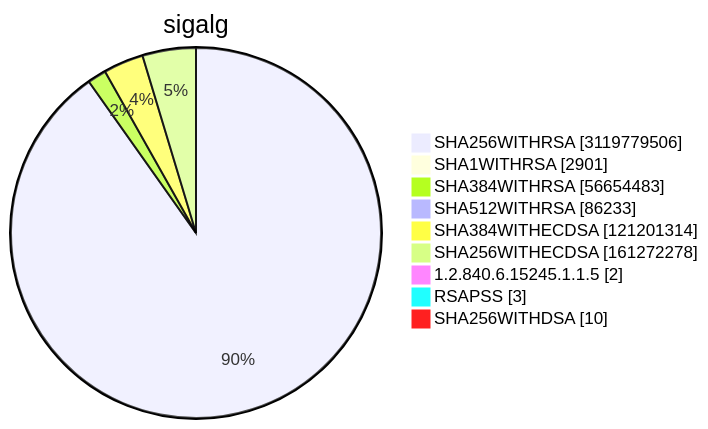
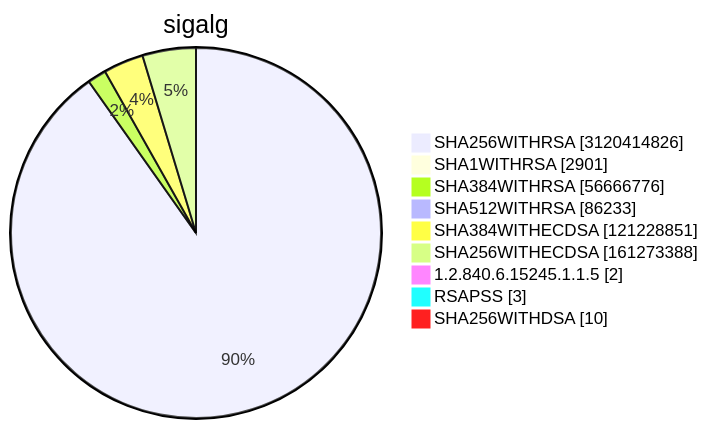
One commit to christiankrug/ctmonitor_visualization changed diagram 15 of 15 in TOTAL/README.md. Above: the diagram before and after it, drawn with Mermaid. The commit also changed other lines of this file, not shown here.

````diff
--- a/TOTAL/README.md
+++ b/TOTAL/README.md
@@ -6212,13 +6212,13 @@
 ```mermaid
 pie showData
 title sigalg
-"SHA256WITHRSA" :3119779506
+"SHA256WITHRSA" :3120414826
 "SHA1WITHRSA" :2901
-"SHA384WITHRSA" :56654483
+"SHA384WITHRSA" :56666776
 "SHA512WITHRSA" :86233
-"SHA384WITHECDSA" :121201314
-"SHA256WITHECDSA" :161272278
+"SHA384WITHECDSA" :121228851
+"SHA256WITHECDSA" :161273388
 "1.2.840.6.15245.1.1.5" :2
 "RSAPSS" :3
 "SHA256WITHDSA" :10
 ```
````
